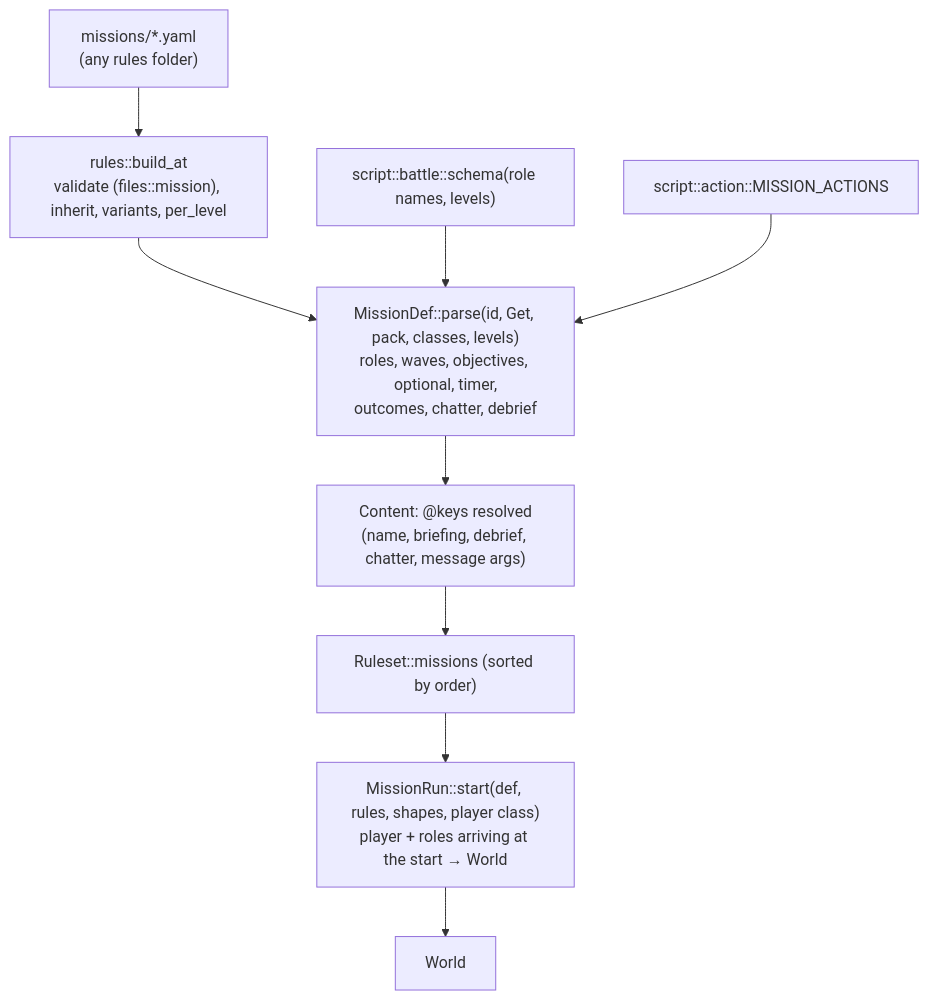
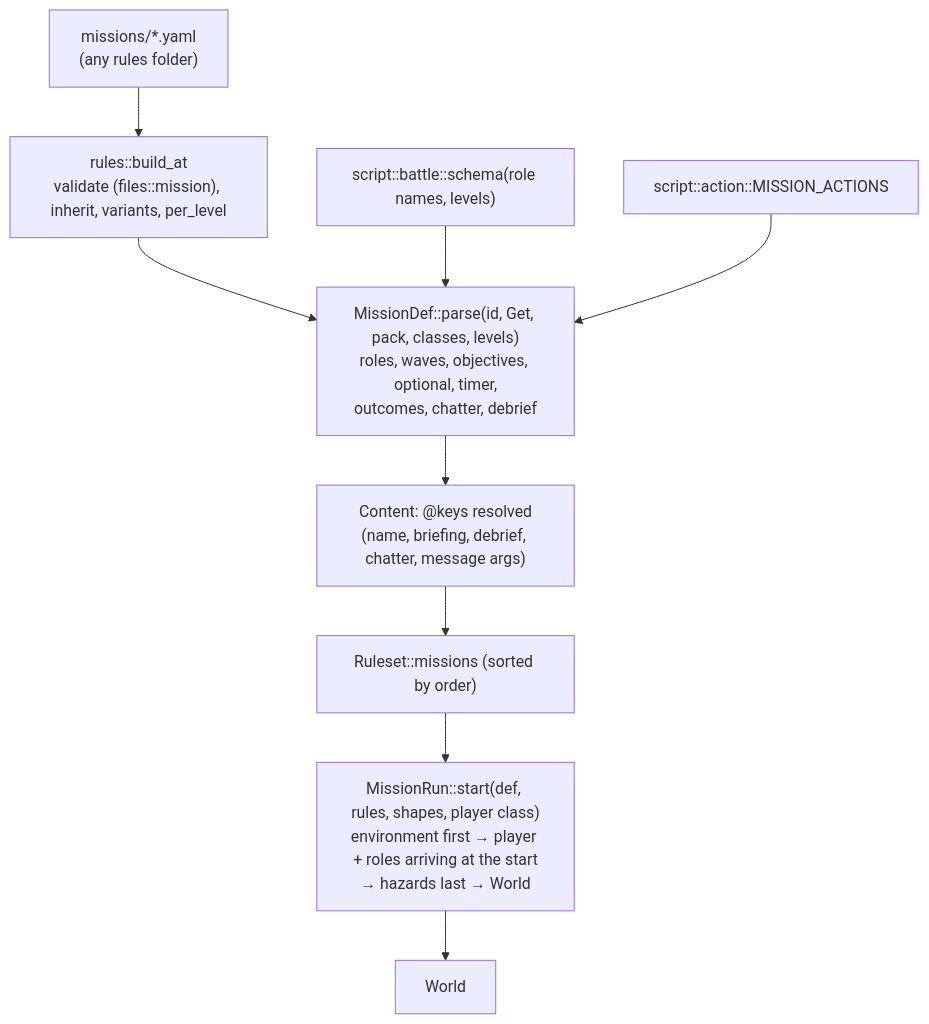
One commit to bbogovich/OpenInterceptor changed the first of 2 diagrams in docs/implementation/architecture/mission.md. Above: the diagram before and after it, drawn with Mermaid. The commit also changed other lines of this file and 30 other files, not shown here.

````diff
--- a/docs/implementation/architecture/mission.md
+++ b/docs/implementation/architecture/mission.md
@@ -10,11 +10,11 @@
 ```mermaid
 flowchart TD
     Y["missions/*.yaml<br/>(any rules folder)"] --> RB["rules::build_at<br/>validate (files::mission), inherit, variants, per_level"]
     RB --> MP["MissionDef::parse(id, Get, pack, classes, levels)<br/>roles, waves, objectives, optional, timer,<br/>outcomes, chatter, debrief"]
     BS["script::battle::schema(role names, levels)"] --> MP
     AC["script::action::MISSION_ACTIONS"] --> MP
     MP --> TX["Content: @keys resolved<br/>(name, briefing, debrief, chatter, message args)"]
     TX --> RU["Ruleset::missions (sorted by order)"]
-    RU --> ST["MissionRun::start(def, rules, shapes, player class)<br/>player + roles arriving at the start → World"]
+    RU --> ST["MissionRun::start(def, rules, shapes, player class)<br/>environment first → player + roles arriving at the start<br/>→ hazards last → World"]
     ST --> W["World"]
 ```
````
